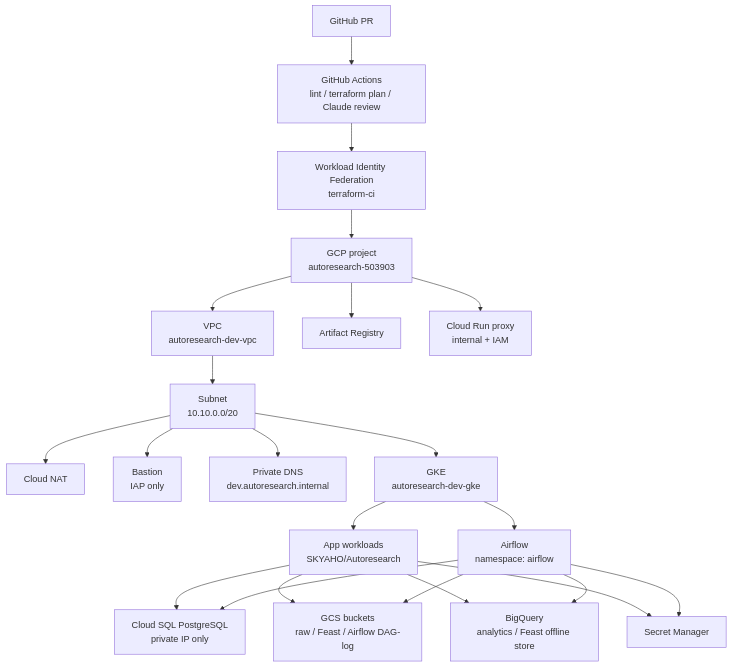
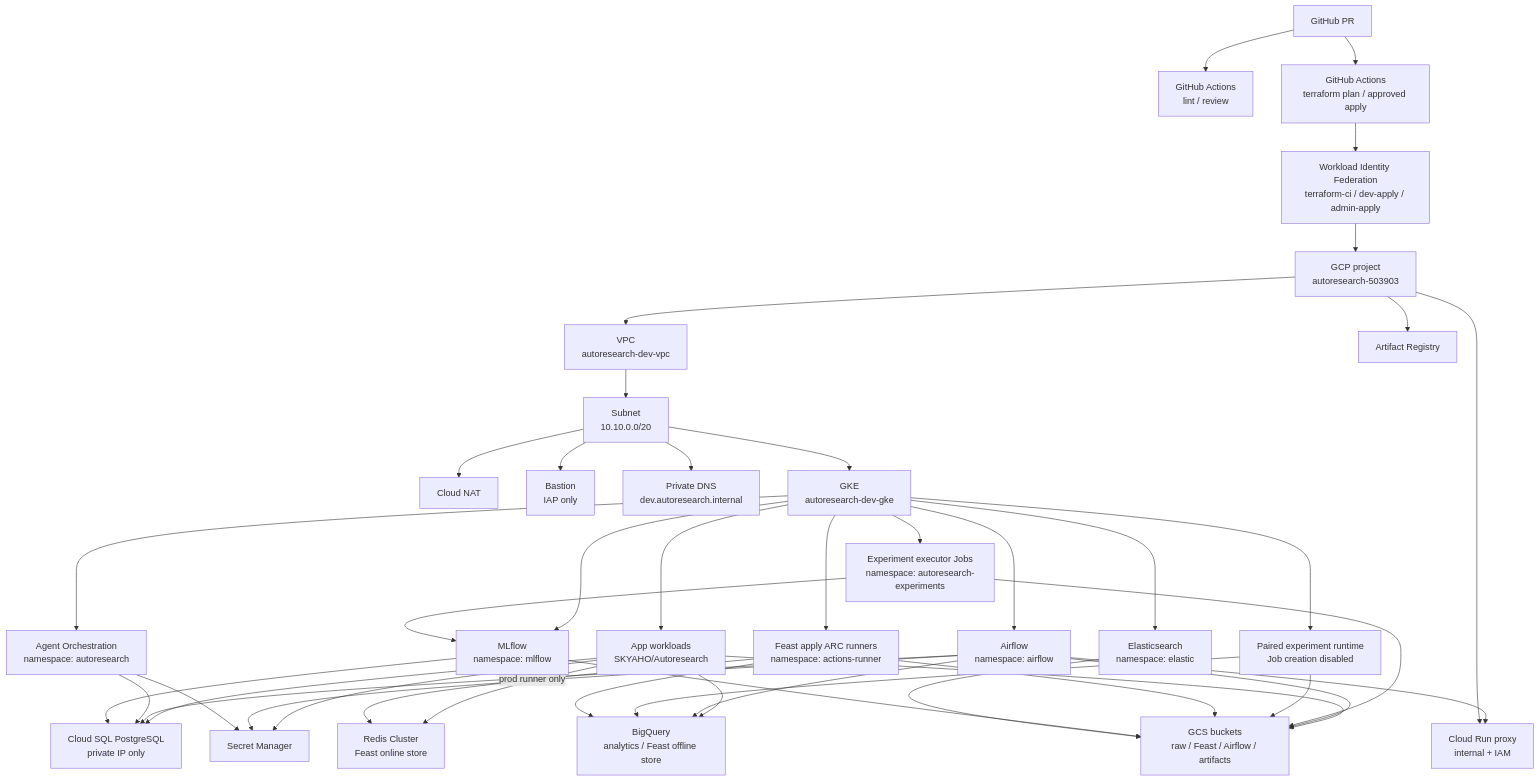
One commit to SKYAHO/Autoresearch-infra changed the second of 9 diagrams in docs/INFRASTRUCTURE_SUMMARY.md. Above: the diagram before and after it, drawn with Mermaid. The commit also changed other lines of this file and 2 other files, not shown here.

````diff
--- a/docs/INFRASTRUCTURE_SUMMARY.md
+++ b/docs/INFRASTRUCTURE_SUMMARY.md
@@ -192,43 +209,72 @@
 ```mermaid
 flowchart TB
     gh["GitHub PR"]
-    ci["GitHub Actions<br/>lint / terraform plan / Claude review"]
-    wif["Workload Identity Federation<br/>terraform-ci"]
+    checks["GitHub Actions<br/>lint / review"]
+    ci["GitHub Actions<br/>terraform plan / approved apply"]
+    wif["Workload Identity Federation<br/>terraform-ci / dev-apply / admin-apply"]
     gcp["GCP project<br/>autoresearch-503903"]
 
     vpc["VPC<br/>autoresearch-dev-vpc"]
     subnet["Subnet<br/>10.10.0.0/20"]
     nat["Cloud NAT"]
     bastion["Bastion<br/>IAP only"]
     dns["Private DNS<br/>dev.autoresearch.internal"]
 
     gke["GKE<br/>autoresearch-dev-gke"]
     app["App workloads<br/>SKYAHO/Autoresearch"]
     airflow["Airflow<br/>namespace: airflow"]
+    agent["Agent Orchestration<br/>namespace: autoresearch"]
+    experiment["Experiment executor Jobs<br/>namespace: autoresearch-experiments"]
+    paired["Paired experiment runtime<br/>Job creation disabled"]
+    arc["Feast apply ARC runners<br/>namespace: actions-runner"]
+    mlflow["MLflow<br/>namespace: mlflow"]
+    elastic["Elasticsearch<br/>namespace: elastic"]
 
     sql["Cloud SQL PostgreSQL<br/>private IP only"]
-    gcs["GCS buckets<br/>raw / Feast / Airflow DAG-log"]
+    gcs["GCS buckets<br/>raw / Feast / Airflow / artifacts"]
     bq["BigQuery<br/>analytics / Feast offline store"]
+    redis["Redis Cluster<br/>Feast online store"]
     sm["Secret Manager"]
     ar["Artifact Registry"]
     run["Cloud Run proxy<br/>internal + IAM"]
 
+    gh --> checks
     gh --> ci --> wif --> gcp
     gcp --> vpc --> subnet
     subnet --> nat
     subnet --> bastion
     subnet --> dns
     subnet --> gke
     gke --> app
     gke --> airflow
+    gke --> agent
+    gke --> experiment
+    gke --> paired
+    gke --> arc
+    gke --> mlflow
+    gke --> elastic
     app --> sql
+    app --> redis
     app --> gcs
     app --> bq
     app --> sm
     airflow --> sql
     airflow --> gcs
     airflow --> bq
     airflow --> sm
+    airflow --> run
+    agent --> sql
+    agent --> sm
+    experiment --> gcs
+    experiment --> mlflow
+    paired --> gcs
+    paired --> bq
+    arc --> gcs
+    arc --> bq
+    arc -->|"prod runner only"| redis
+    mlflow --> sql
+    mlflow --> gcs
+    elastic --> gcs
     gcp --> ar
     gcp --> run
 ```
````
